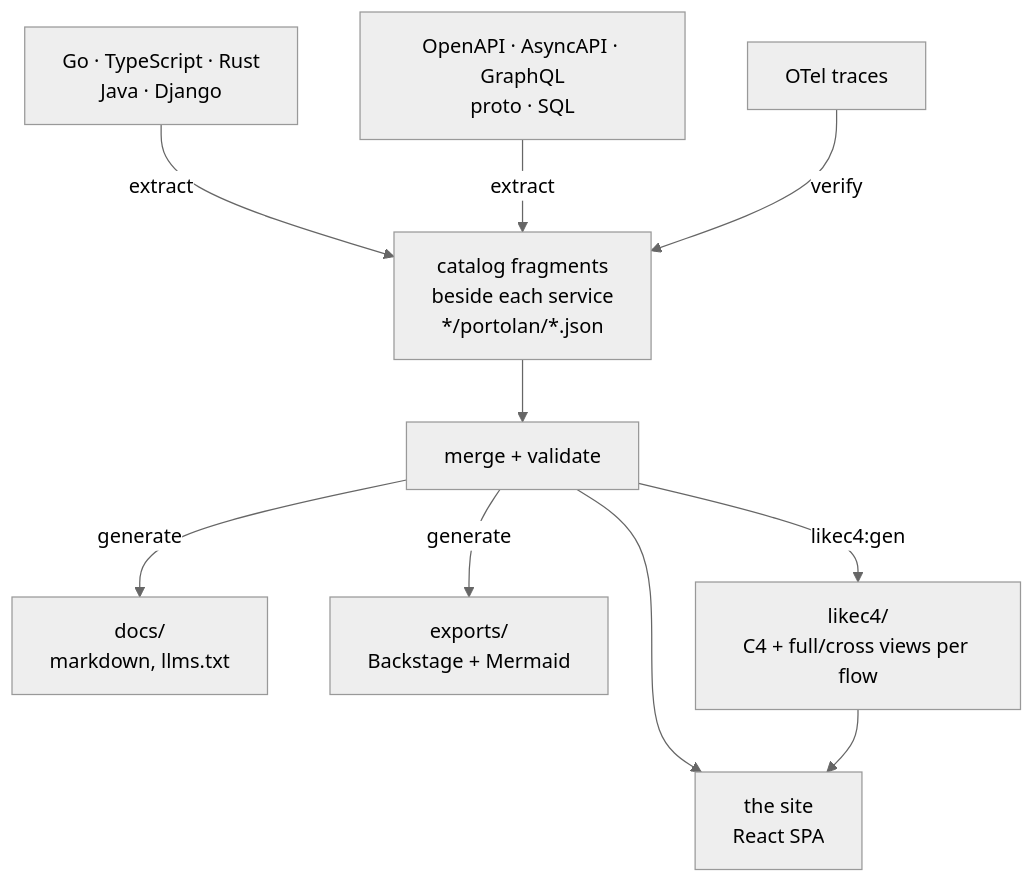
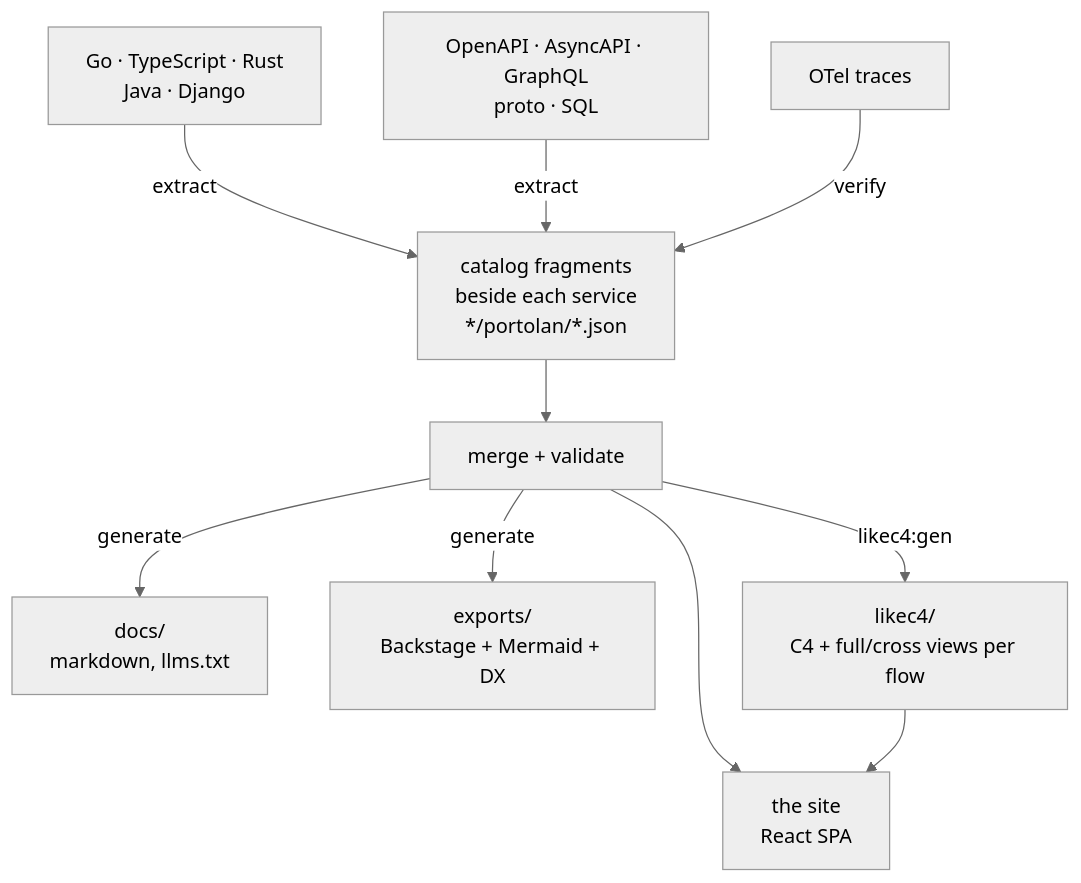
Before and after one commit to shortlink-org/portolan: the diagram in README.md, drawn with Mermaid (neutral theme). The commit also changed other lines of this file and 191 other files, not shown here.

````diff
--- a/README.md
+++ b/README.md
@@ -45,21 +45,21 @@
 ```mermaid
 flowchart TB
   code["Go · TypeScript · Rust<br/>Java · Django"]
   specs["OpenAPI · AsyncAPI · GraphQL<br/>proto · SQL"]
   traces["OTel traces"]
   frag["catalog fragments<br/>beside each service<br/>*/portolan/*.json"]
   merged["merge + validate"]
   site["the site<br/>React SPA"]
   docs["docs/<br/>markdown, llms.txt"]
-  exports["exports/<br/>Backstage + Mermaid"]
+  exports["exports/<br/>Backstage + Mermaid + DX"]
   c4["likec4/<br/>C4 + full/cross views per flow"]
 
   code -- extract --> frag
   specs -- extract --> frag
   traces -- verify --> frag
   frag --> merged
   merged --> site
   merged -- generate --> docs
   merged -- generate --> exports
   merged -- likec4:gen --> c4 --> site
 ```
````
